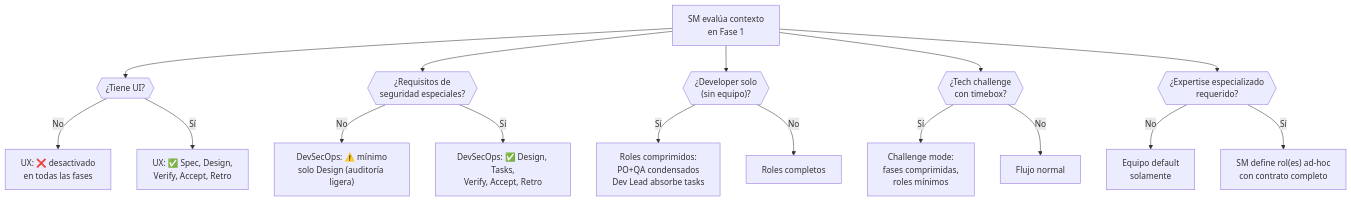
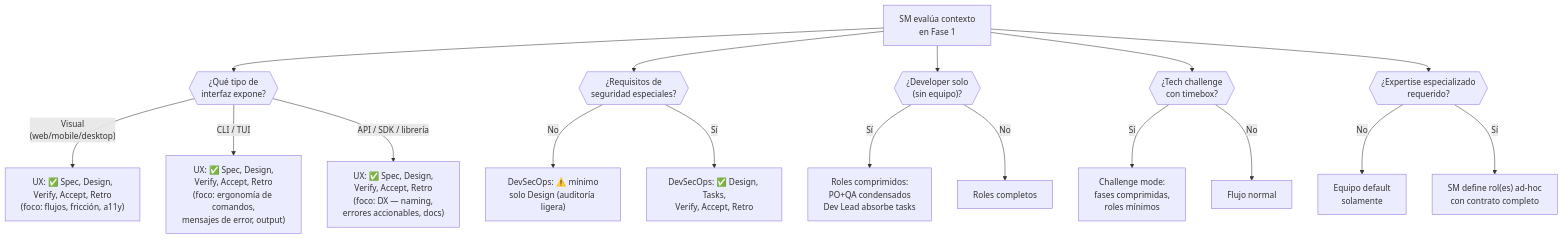
Before and after one commit to virgenherrera/idea-to-mvp: the tenth of 14 diagrams in docs/role-profiles.md, drawn with Mermaid. The commit also changed other lines of this file and 1 other file, not shown here.

````diff
--- a/docs/role-profiles.md
+++ b/docs/role-profiles.md
@@ -560,24 +564,25 @@
 ```mermaid
 flowchart TD
     START["SM evalúa contexto\nen Fase 1"]
 
-    START --> Q_UI{{"¿Tiene UI?"}}
-    Q_UI -->|No| NO_UX["UX: ❌ desactivado\nen todas las fases"]
-    Q_UI -->|Sí| UX_ON["UX: ✅ Spec, Design,\nVerify, Accept, Retro"]
+    START --> Q_UI{{"¿Qué tipo de\ninterfaz expone?"}}
+    Q_UI -->|"Visual\n(web/mobile/desktop)"| UX_VISUAL["UX: ✅ Spec, Design,\nVerify, Accept, Retro\n(foco: flujos, fricción, a11y)"]
+    Q_UI -->|"CLI / TUI"| UX_CLI["UX: ✅ Spec, Design,\nVerify, Accept, Retro\n(foco: ergonomía de comandos,\nmensajes de error, output)"]
+    Q_UI -->|"API / SDK / librería"| UX_DX["UX: ✅ Spec, Design,\nVerify, Accept, Retro\n(foco: DX — naming,\nerrores accionables, docs)"]
 
     START --> Q_SEC{{"¿Requisitos de\nseguridad especiales?"}}
     Q_SEC -->|No| MIN_SEC["DevSecOps: ⚠️ mínimo\nsolo Design (auditoría ligera)"]
     Q_SEC -->|Sí| SEC_ON["DevSecOps: ✅ Design, Tasks,\nVerify, Accept, Retro"]
 
     START --> Q_SOLO{{"¿Developer solo\n(sin equipo)?"}}
     Q_SOLO -->|Sí| COMPRESS["Roles comprimidos:\nPO+QA condensados\nDev Lead absorbe tasks"]
     Q_SOLO -->|No| FULL["Roles completos"]
 
     START --> Q_CHALLENGE{{"¿Tech challenge\ncon timebox?"}}
     Q_CHALLENGE -->|Sí| FAST["Challenge mode:\nfases comprimidas,\nroles mínimos"]
     Q_CHALLENGE -->|No| NORMAL["Flujo normal"]
 
     START --> Q_ADHOC{{"¿Expertise especializado\nrequerido?"}}
     Q_ADHOC -->|No| DEFAULT_TEAM["Equipo default\nsolamente"]
     Q_ADHOC -->|Sí| ADHOC_ON["SM define rol(es) ad-hoc\ncon contrato completo"]
 ```
````
